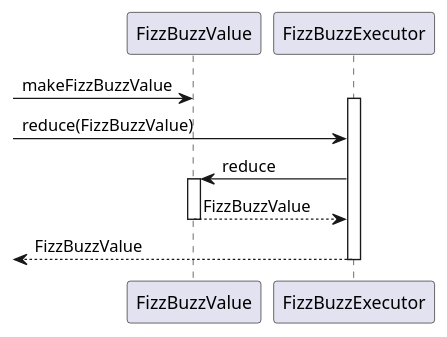
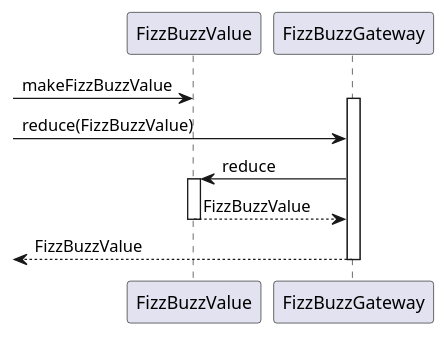
The seventh of 8 diagrams in docs/src/fizzbuzz.md (k2works/etude_for_java), drawn with PlantUML before and after one commit. The commit also changed other lines of this file and 12 other files, not shown here.

First line of the commit message:
FizzBuzz #EFJ-8

````diff
--- a/docs/src/fizzbuzz.md
+++ b/docs/src/fizzbuzz.md
@@ -157,13 +157,13 @@
 ```puml
 @startuml
    -> FizzBuzzValue :makeFizzBuzzValue
-   activate FizzBuzzExecutor
-   -> FizzBuzzExecutor :reduce(FizzBuzzValue)
-      FizzBuzzExecutor -> FizzBuzzValue :reduce
+   activate FizzBuzzGateway
+   -> FizzBuzzGateway :reduce(FizzBuzzValue)
+      FizzBuzzGateway -> FizzBuzzValue :reduce
       activate FizzBuzzValue
-        FizzBuzzExecutor <-- FizzBuzzValue :FizzBuzzValue
+        FizzBuzzGateway <-- FizzBuzzValue :FizzBuzzValue
       deactivate FizzBuzzValue   
-   <-- FizzBuzzExecutor :FizzBuzzValue
-   deactivate FizzBuzzExecutor
+   <-- FizzBuzzGateway :FizzBuzzValue
+   deactivate FizzBuzzGateway
 @enduml
 ```
````
